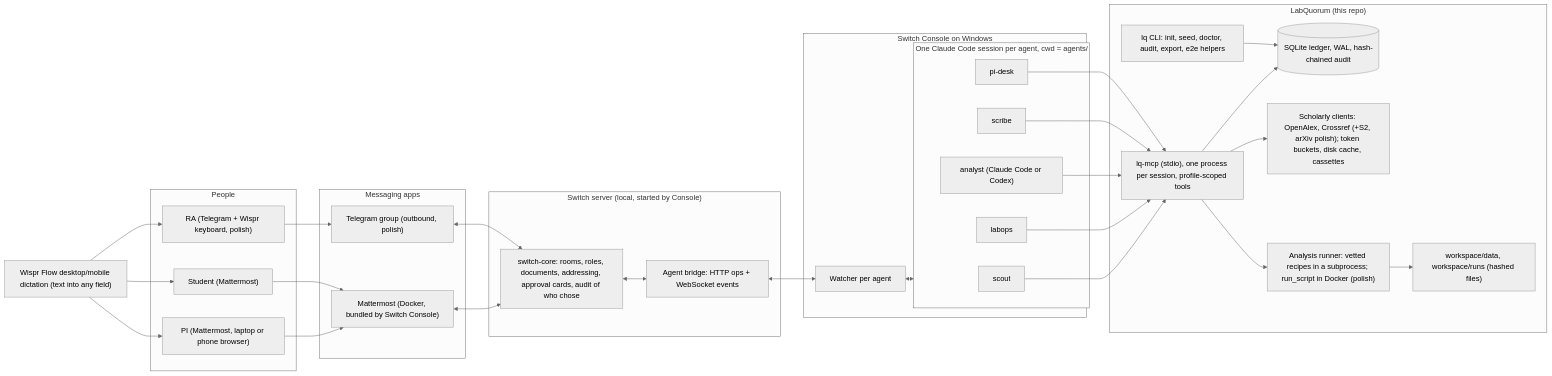
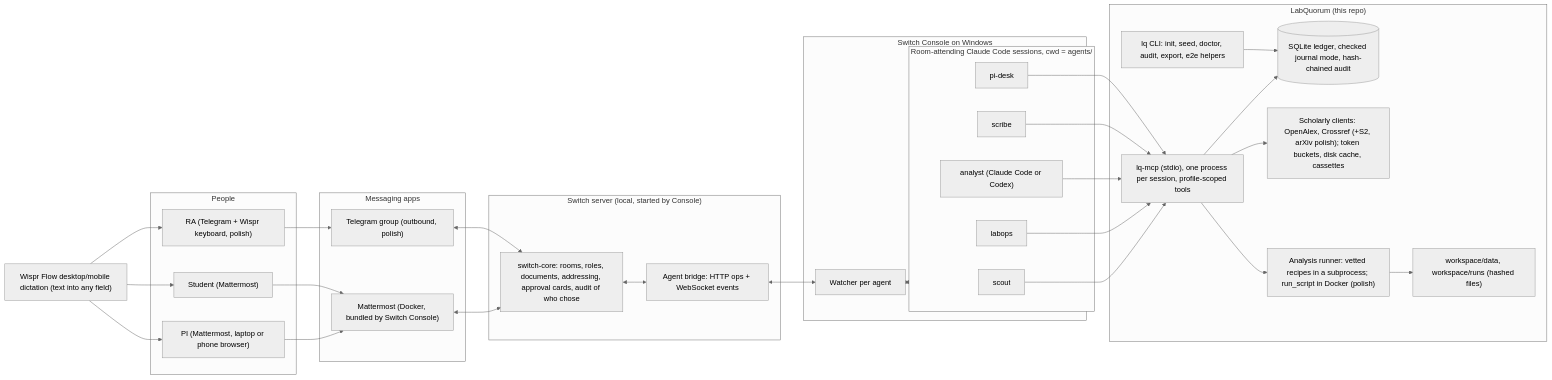
The first of 2 diagrams in docs/plan/03-architecture.md (nikhilpravinpise/FlipTheSwitch), drawn with Mermaid (neutral theme) before and after one commit. The commit also changed other lines of this file and 6 other files, not shown here.

Commit message:
docs: apply round-1 switch, research and engineering reviews to product, architecture and templates

````diff
--- a/docs/plan/03-architecture.md
+++ b/docs/plan/03-architecture.md
@@ -7,56 +7,56 @@
 ```mermaid
 flowchart LR
   subgraph People
     PI["PI (Mattermost, laptop or phone browser)"]
     ST["Student (Mattermost)"]
     RA["RA (Telegram + Wispr keyboard, polish)"]
   end
   W["Wispr Flow desktop/mobile dictation (text into any field)"]
   subgraph Chat["Messaging apps"]
     MM["Mattermost (Docker, bundled by Switch Console)"]
     TG["Telegram group (outbound, polish)"]
   end
   subgraph Switch["Switch server (local, started by Console)"]
     CORE["switch-core: rooms, roles, documents, addressing, approval cards, audit of who chose"]
     BR["Agent bridge: HTTP ops + WebSocket events"]
   end
   subgraph Console["Switch Console on Windows"]
     WT["Watcher per agent"]
-    subgraph Sessions["One Claude Code session per agent, cwd = agents/<name>"]
+    subgraph Sessions["Room-attending Claude Code sessions, cwd = agents/<name>"]
       SC["scout"]
       LO["labops"]
       AN["analyst (Claude Code or Codex)"]
       SB["scribe"]
       PD["pi-desk"]
     end
   end
   subgraph LQ["LabQuorum (this repo)"]
     MCP["lq-mcp (stdio), one process per session, profile-scoped tools"]
-    LEDGER[("SQLite ledger, WAL, hash-chained audit")]
+    LEDGER[("SQLite ledger, checked journal mode, hash-chained audit")]
     SCH["Scholarly clients: OpenAlex, Crossref (+S2, arXiv polish); token buckets, disk cache, cassettes"]
     RUN["Analysis runner: vetted recipes in a subprocess; run_script in Docker (polish)"]
     CLI["lq CLI: init, seed, doctor, audit, export, e2e helpers"]
     FILES["workspace/data, workspace/runs (hashed files)"]
   end
   W --> PI
   W --> ST
   W --> RA
   PI --> MM
   ST --> MM
   RA --> TG
   MM <--> CORE
   TG <--> CORE
   CORE <--> BR
   BR <--> WT
   WT <--> Sessions
   SC --> MCP
   LO --> MCP
   AN --> MCP
   SB --> MCP
   PD --> MCP
   MCP --> LEDGER
   MCP --> SCH
   MCP --> RUN
   RUN --> FILES
   CLI --> LEDGER
 ```
````
